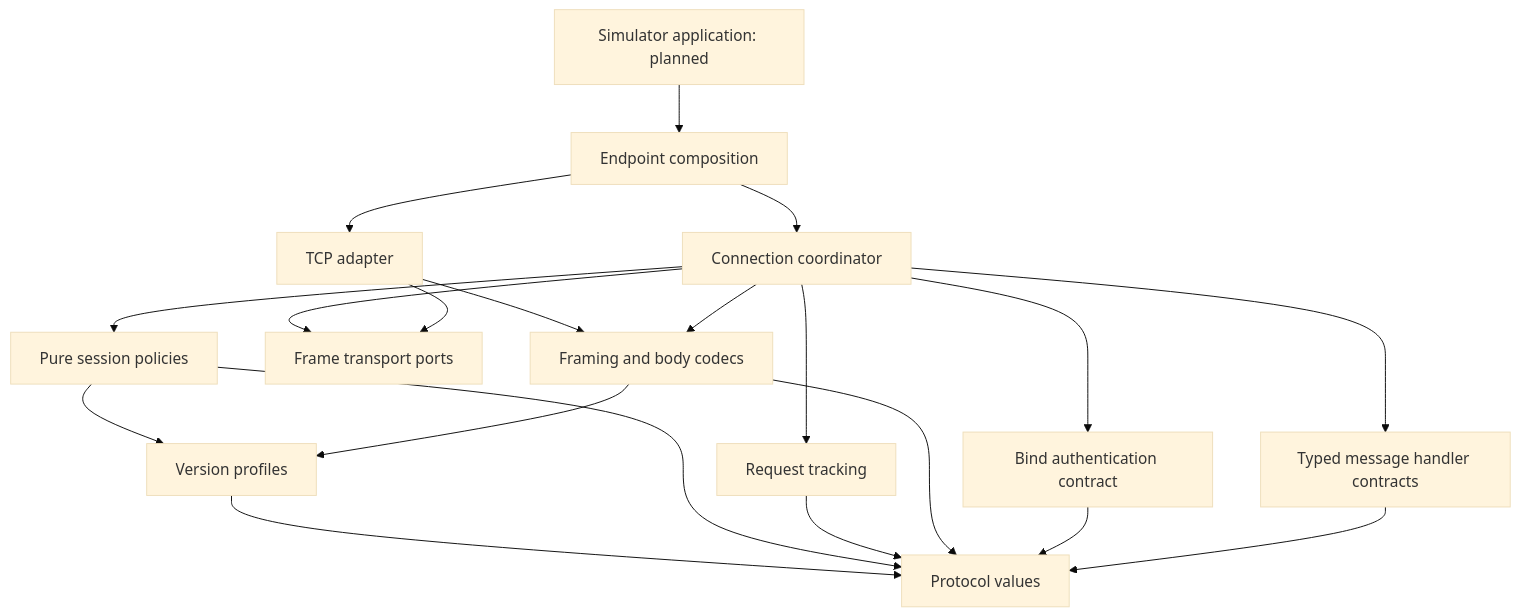
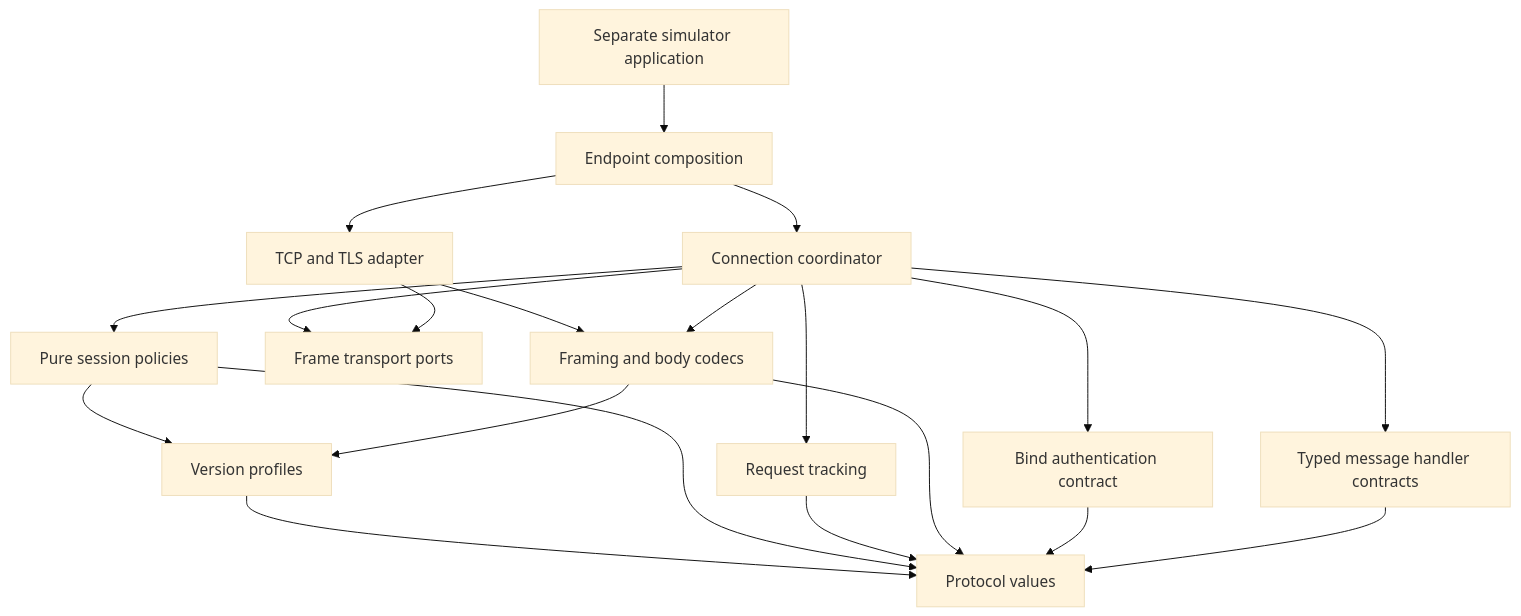
The diagram in docs/API.md (AidarbekMetinov/lightweight-smpp), drawn with Mermaid (base theme) before and after one commit. The commit also changed other lines of this file and 73 other files, not shown here.

````diff
--- a/docs/API.md
+++ b/docs/API.md
@@ -289,22 +291,22 @@
 ```mermaid
 flowchart TD
-    Sim[Simulator application: planned] --> Api[Endpoint composition]
+    Sim[Separate simulator application] --> Api[Endpoint composition]
     Api --> Core[Connection coordinator]
-    Api --> Transport[TCP adapter]
+    Api --> Transport[TCP and TLS adapter]
     Core --> Policies[Pure session policies]
     Core --> Requests[Request tracking]
     Core --> Ports[Frame transport ports]
     Transport --> Ports
     Transport --> Codec[Framing and body codecs]
     Core --> Codec
     Policies --> Profiles[Version profiles]
     Codec --> Profiles
     Profiles --> Values[Protocol values]
     Policies --> Values
     Requests --> Values
     Codec --> Values
     Core --> Auth[Bind authentication contract]
     Auth --> Values
     Core --> Handlers[Typed message handler contracts]
     Handlers --> Values
 ```
````
